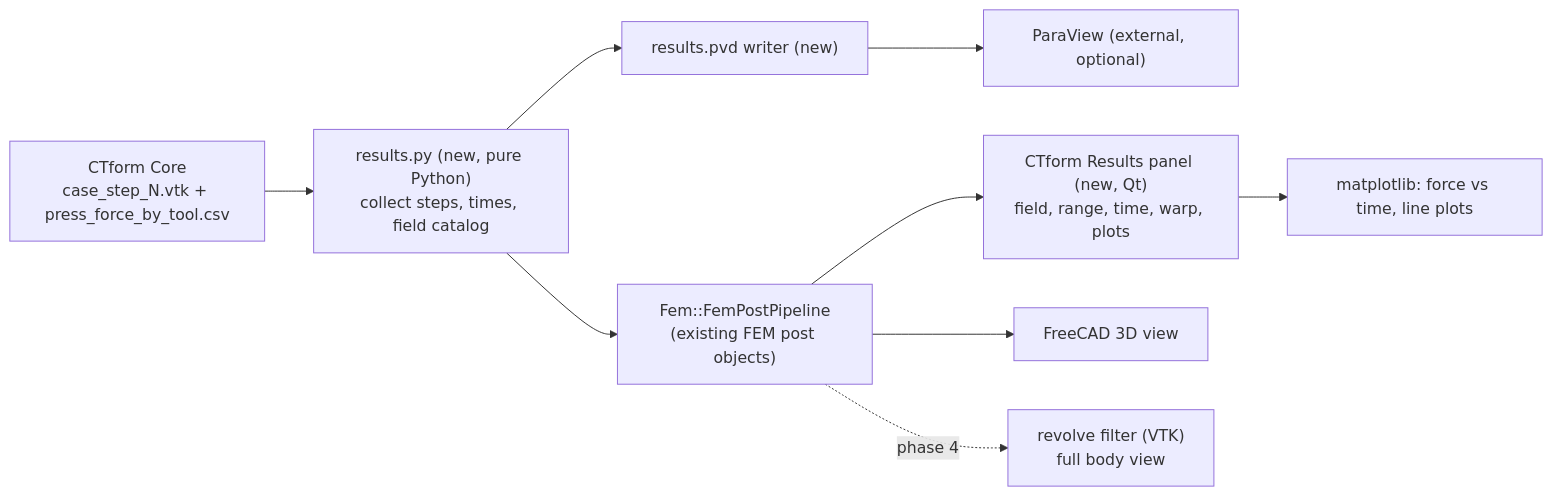
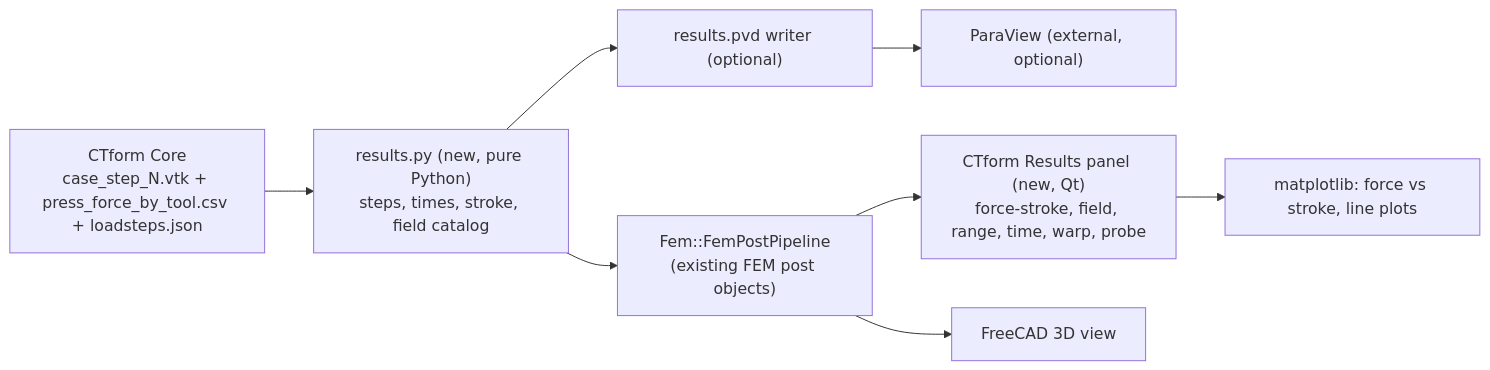
The diagram in docs/RESULTS-VIEWER-PLAN.md (hsperotto/CTform-Addon), drawn with Mermaid before and after one commit. The commit also changed other lines of this file, not shown here.

First line of the commit message:
Results plan: stroke-based force plot, Thay's field order, Pressure sign

````diff
--- a/docs/RESULTS-VIEWER-PLAN.md
+++ b/docs/RESULTS-VIEWER-PLAN.md
@@ -85,11 +132,10 @@
 ```mermaid
 flowchart LR
-    CORE["CTform Core<br/>case_step_N.vtk + press_force_by_tool.csv"] --> IDX["results.py (new, pure Python)<br/>collect steps, times, field catalog"]
+    CORE["CTform Core<br/>case_step_N.vtk + press_force_by_tool.csv + loadsteps.json"] --> IDX["results.py (new, pure Python)<br/>steps, times, stroke, field catalog"]
     IDX --> POST["Fem::FemPostPipeline<br/>(existing FEM post objects)"]
-    IDX --> PVD["results.pvd writer (new)"]
+    IDX --> PVD["results.pvd writer (optional)"]
     PVD --> PV["ParaView (external, optional)"]
-    POST --> PANEL["CTform Results panel (new, Qt)<br/>field, range, time, warp, plots"]
+    POST --> PANEL["CTform Results panel (new, Qt)<br/>force-stroke, field, range, time, warp, probe"]
     POST --> VIEW["FreeCAD 3D view"]
-    PANEL --> PLOT["matplotlib: force vs time, line plots"]
-    POST -. phase 4 .-> REV["revolve filter (VTK)<br/>full body view"]
+    PANEL --> PLOT["matplotlib: force vs stroke, line plots"]
 ```
````
